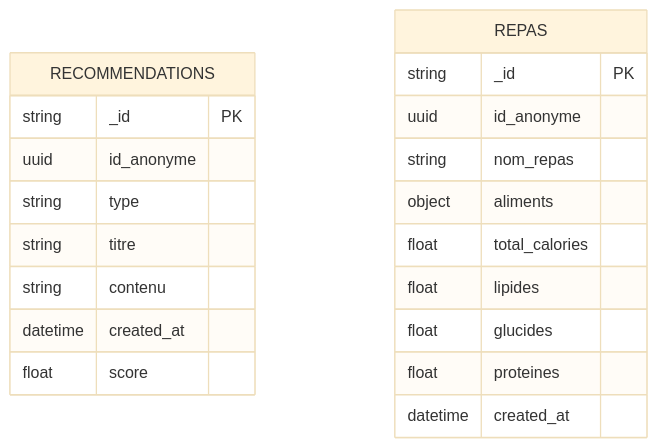
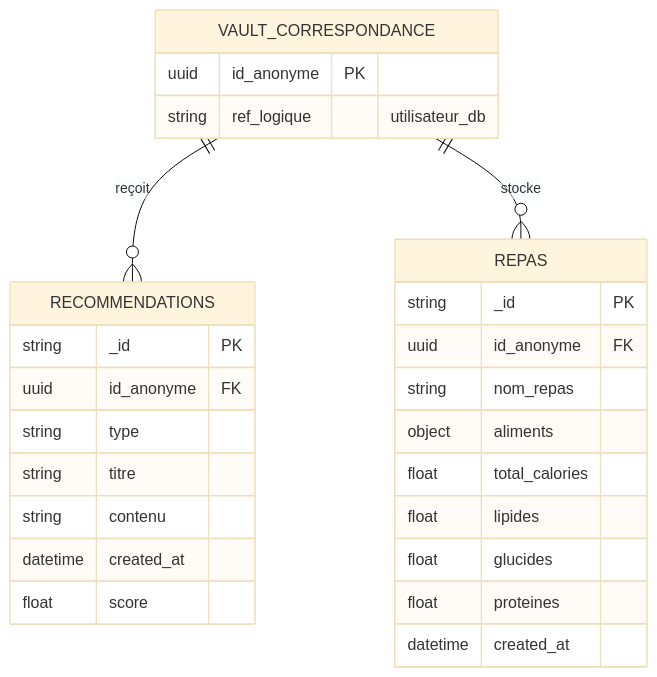
Diagram 12 of 12 in README.md (Gwendal-Ferlin/MSPR502_BDD_Python), drawn with Mermaid (base theme) before and after one commit. The commit also changed other lines of this file, not shown here.

````diff
--- a/README.md
+++ b/README.md
@@ -971,23 +1009,30 @@
 ```mermaid
 erDiagram
+    VAULT_CORRESPONDANCE ||--o{ RECOMMENDATIONS : "reçoit"
+    VAULT_CORRESPONDANCE ||--o{ REPAS : "stocke"
+
+    VAULT_CORRESPONDANCE {
+        uuid id_anonyme PK
+        string ref_logique "utilisateur_db"
+    }
     RECOMMENDATIONS {
         string _id PK
-        uuid id_anonyme
+        uuid id_anonyme FK
         string type
         string titre
         string contenu
         datetime created_at
         float score
     }
     REPAS {
         string _id PK
-        uuid id_anonyme
+        uuid id_anonyme FK
         string nom_repas
         object aliments
         float total_calories
         float lipides
         float glucides
         float proteines
         datetime created_at
     }
 ```
````
